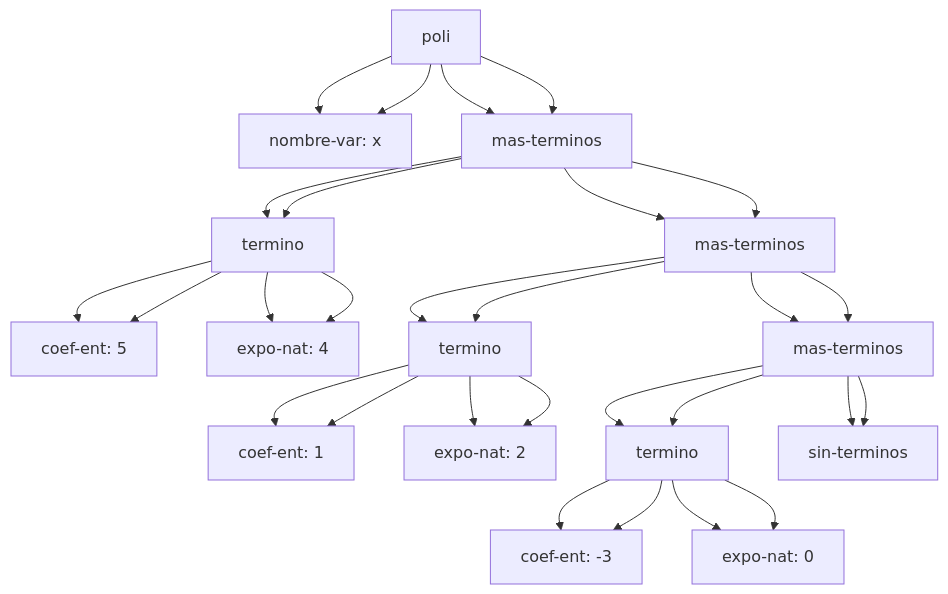
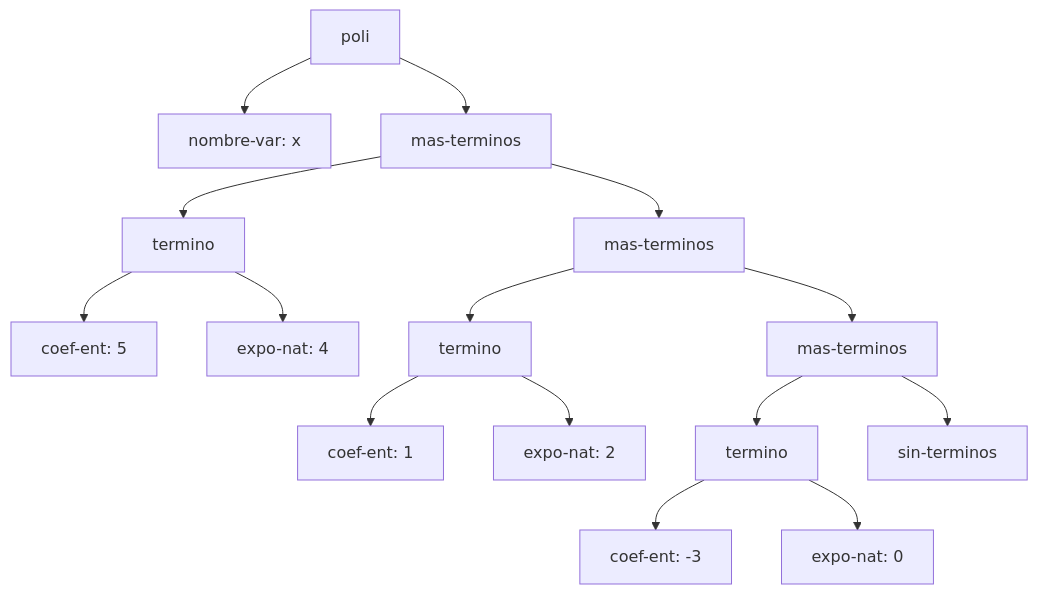
Before and after one commit to PROGJUAN317/flp-2026-2-taller-01-polinomios: the third of 4 diagrams in docs/informe-ast.md, drawn with Mermaid. The commit also changed other lines of this file, not shown here.

````diff
--- a/docs/informe-ast.md
+++ b/docs/informe-ast.md
@@ -196,32 +148,18 @@
 ```mermaid
 graph TD
   A[poli]
   A --> B[nombre-var: x]
   A --> C[mas-terminos]
   C --> D[termino]
   D --> E[coef-ent: 5]
   D --> F[expo-nat: 4]
   C --> G[mas-terminos]
   G --> H[termino]
   H --> I[coef-ent: 1]
   H --> J[expo-nat: 2]
   G --> K[mas-terminos]
   K --> L[termino]
   L --> M[coef-ent: -3]
   L --> N[expo-nat: 0]
   K --> O[sin-terminos]
-  A --> B[nombre-var: x]
-  A --> C[mas-terminos]
-  C --> D[termino]
-  D --> E[coef-ent: 5]
-  D --> F[expo-nat: 4]
-  C --> G[mas-terminos]
-  G --> H[termino]
-  H --> I[coef-ent: 1]
-  H --> J[expo-nat: 2]
-  G --> K[mas-terminos]
-  K --> L[termino]
-  L --> M[coef-ent: -3]
-  L --> N[expo-nat: 0]
-  K --> O[sin-terminos]
 ```
````
